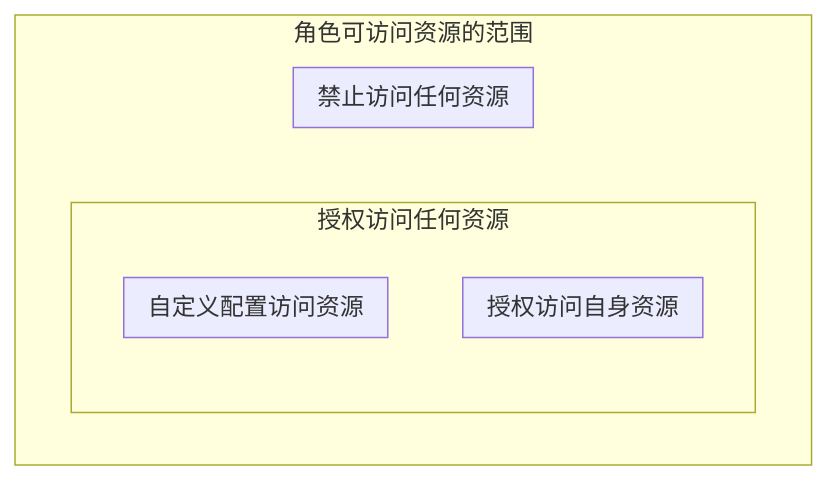
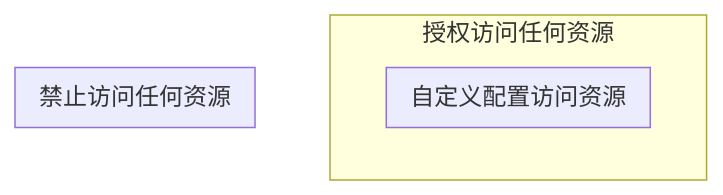
Before and after one commit to shanliu/lsys: the second of 5 diagrams in server/lsys-rbac/README.md, drawn with Mermaid. The commit also changed other lines of this file and 159 other files, not shown here.

````diff
--- a/server/lsys-rbac/README.md
+++ b/server/lsys-rbac/README.md
@@ -162,13 +163,9 @@
 ```mermaid
 flowchart TB
-    subgraph 角色可访问资源的范围
-        subgraph "授权访问任何资源"
-            subgraph "授权访问自身资源"
-            end
-            subgraph "自定义配置访问资源"
-            end
-        end
-        subgraph "禁止访问任何资源"
+    subgraph "授权访问任何资源"
+        subgraph "自定义配置访问资源"
         end
     end
+    subgraph "禁止访问任何资源"
+    end
 ```
````
